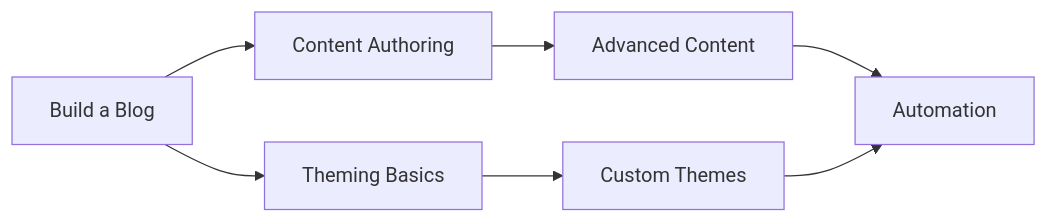
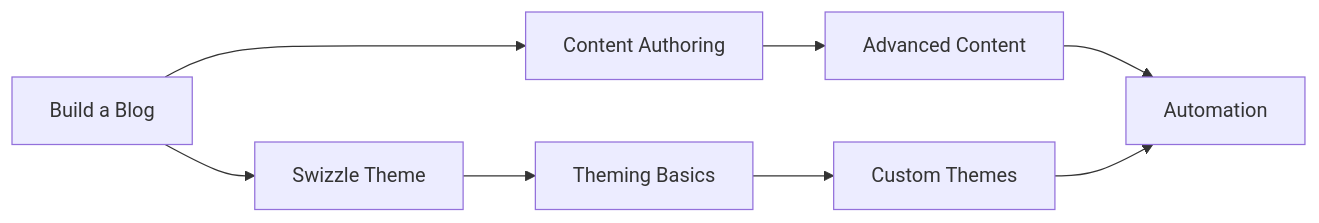
The diagram in site/content/docs/tutorials/_index.md (lbliii/bengal), drawn with Mermaid before and after one commit. The commit also changed other lines of this file and 29 other files, not shown here.

````diff
--- a/site/content/docs/tutorials/_index.md
+++ b/site/content/docs/tutorials/_index.md
@@ -50,9 +59,10 @@
 ```mermaid
 flowchart LR
     A[Build a Blog] --> B[Content Authoring]
-    A --> C[Theming Basics]
-    B --> D[Advanced Content]
-    C --> E[Custom Themes]
-    D --> F[Automation]
-    E --> F
+    A --> C[Swizzle Theme]
+    C --> D[Theming Basics]
+    B --> E[Advanced Content]
+    D --> F[Custom Themes]
+    E --> G[Automation]
+    F --> G
 ```
````
